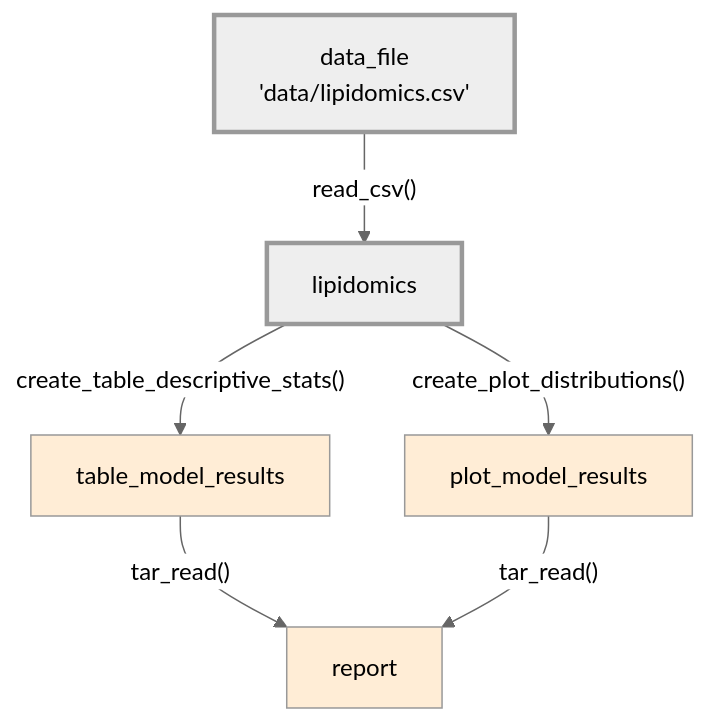
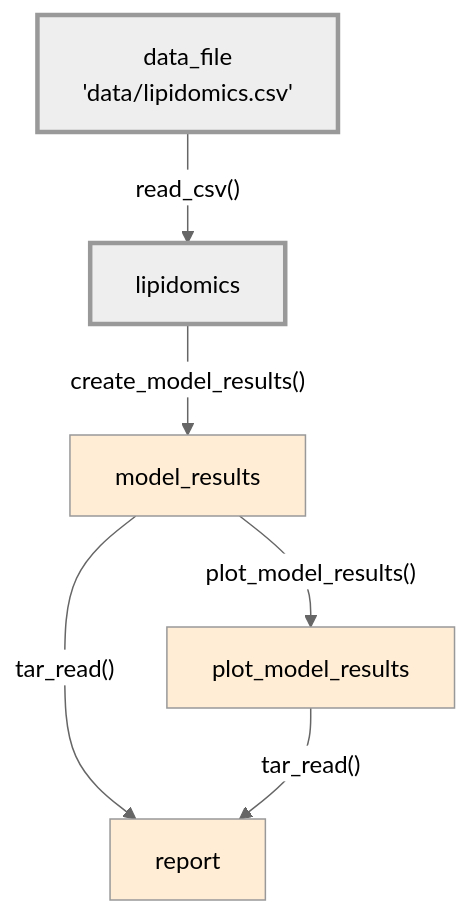
One commit to rostools/r-cubed-advanced changed the sixth of 9 diagrams in sessions/stats-analyses-basic.qmd. Above: the diagram before and after it, drawn with Mermaid (neutral theme). The commit also changed other lines of this file, not shown here.

Commit message:
refactor(sessions): :construction: continued major revisions of analysis basic

````diff
--- a/sessions/stats-analyses-basic.qmd
+++ b/sessions/stats-analyses-basic.qmd
@@ -287,13 +315,13 @@
 ```{mermaid}
-%%| label: fig-first-two-done-pipeline
+%%| label: fig-stats-analysis-pipeline
 %%| fig-cap: Targets in our pipeline that we've done in the last session and those we will do in this session.
 %%| echo: false
 graph TB
     data_file["data_file<br>'data/lipidomics.csv'"]:::done -->|"read_csv()"| lipidomics:::done
-    lipidomics -->|"create_table_descriptive_stats()"| table_model_results:::wip
-    lipidomics -->|"create_plot_distributions()"| plot_model_results:::wip
-    table_model_results -->|"tar_read()"| report:::wip
+    lipidomics -->|"create_model_results()"| model_results:::wip
+    model_results -->|"plot_model_results()"| plot_model_results:::wip
+    model_results -->|"tar_read()"| report:::wip
     plot_model_results -->|"tar_read()"| report:::wip
     classDef done stroke-width:3px
     classDef wip fill:#ffedd6
 ```
````
